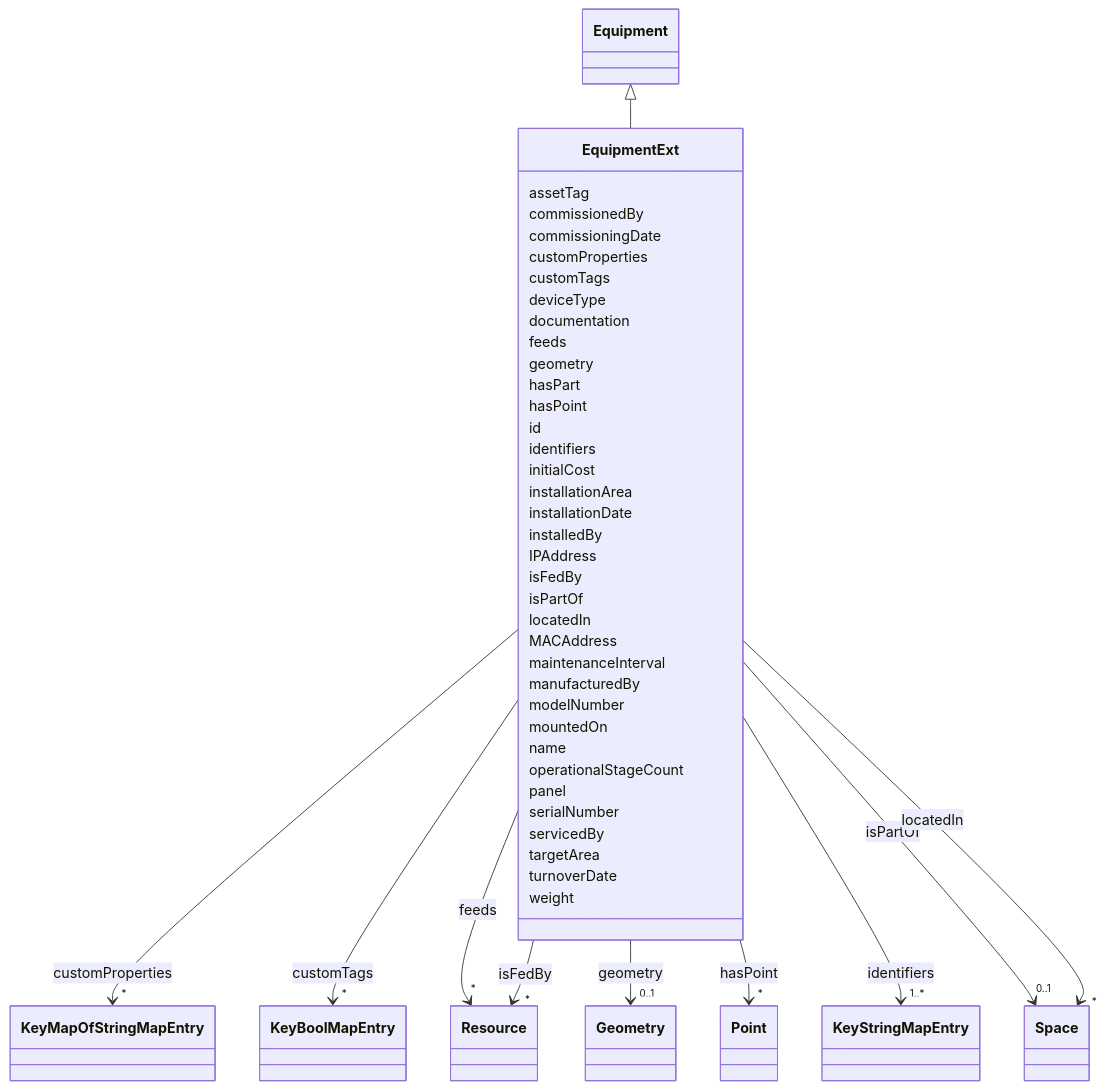
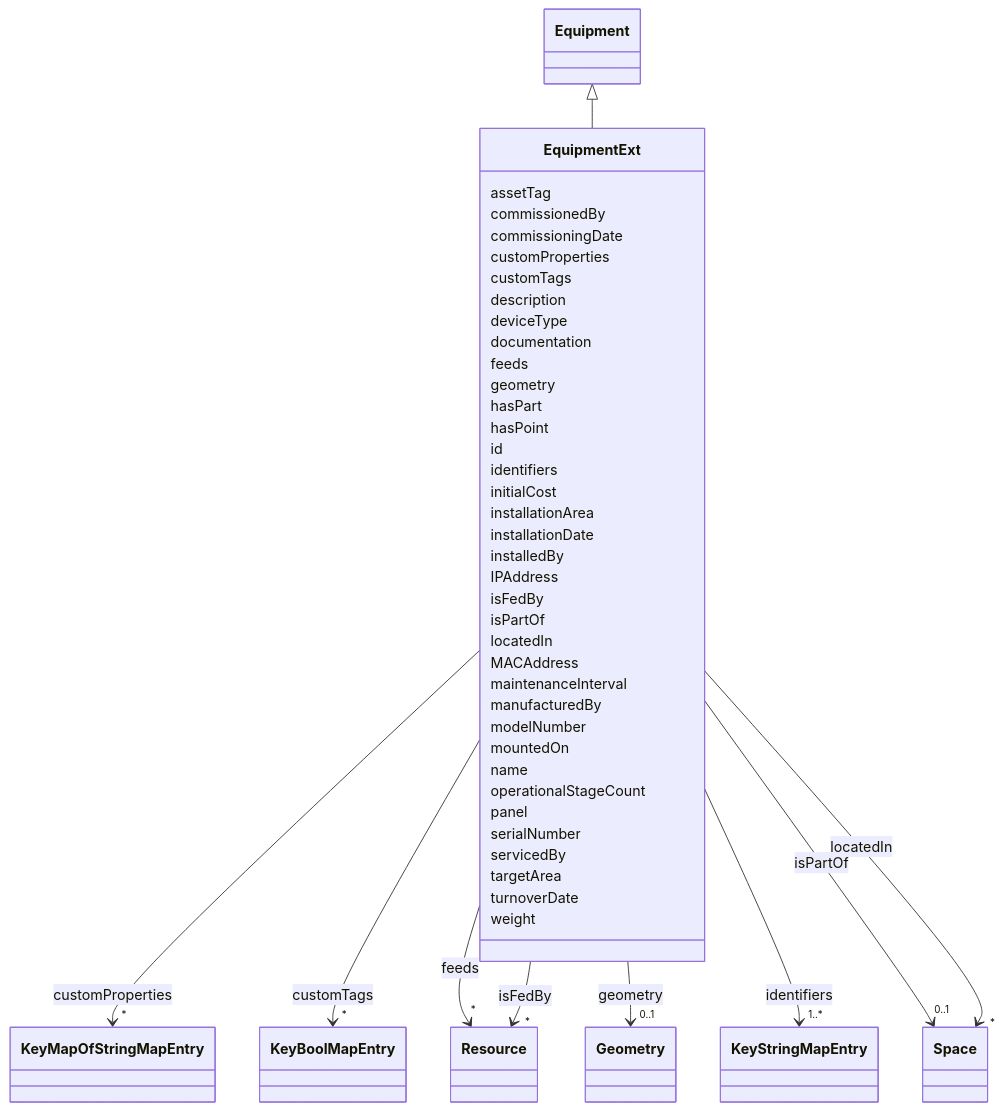
The diagram in docs/EquipmentExt.md (takashikasuya/smartbuiding_ontology), drawn with Mermaid before and after one commit. The commit also changed other lines of this file and 81 other files, not shown here.

Commit message:
LinkMLスキーマ更新に伴う生成物・ドキュメント更新、およびサンプル追加（2026-01-07） - schema/building_model.yaml 更新 - output: OWL/SHACL/JSON Schema 再生成 - docs: LinkMLドキュメント再生成 - Makefile/README 更新 - sample/ 追加 - reports/change-report-2026-01-07.md 追加

```diff
--- a/docs/EquipmentExt.md
+++ b/docs/EquipmentExt.md
@@ -50,6 +50,8 @@
     
 
         
+      EquipmentExt : description
+        
       EquipmentExt : deviceType
         
       EquipmentExt : documentation
@@ -79,15 +81,6 @@
       EquipmentExt : hasPart
         
       EquipmentExt : hasPoint
-        
-          
-    
-        
-        
-        EquipmentExt --> "*" Point : hasPoint
-        click Point href "../Point/"
-    
-
         
       EquipmentExt : id
         
```
